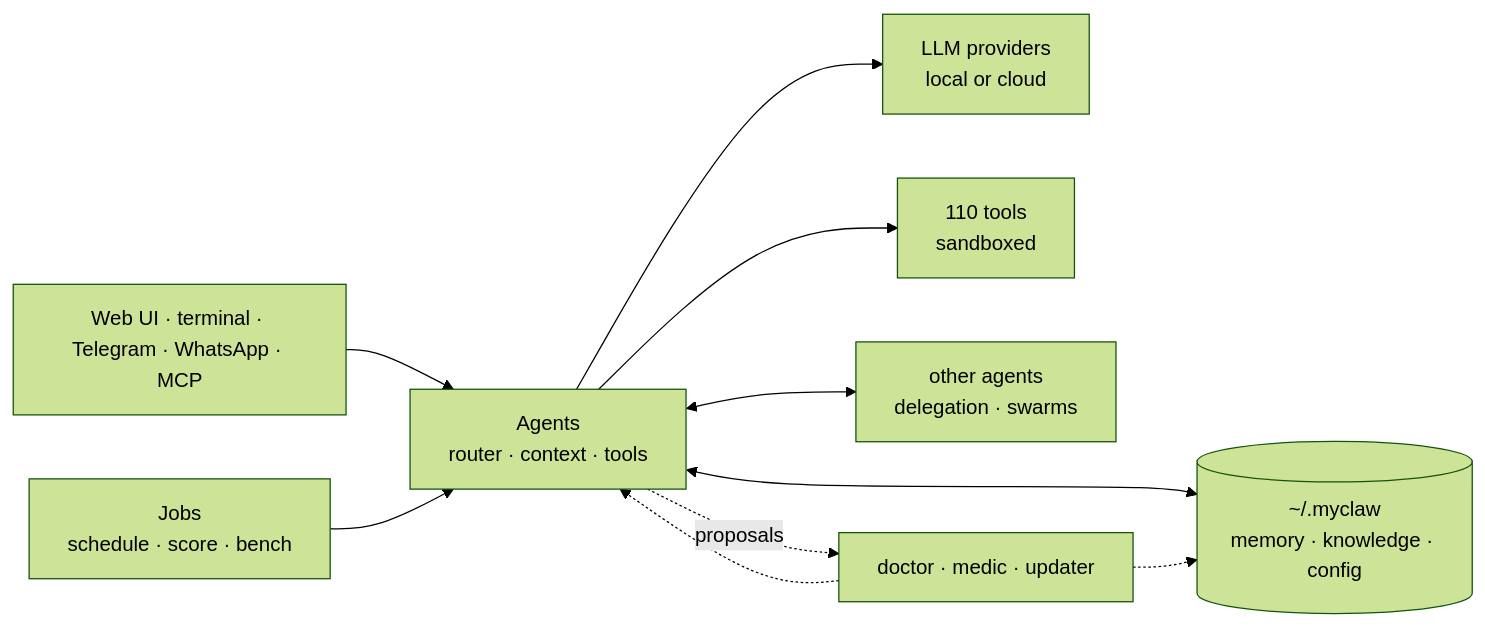
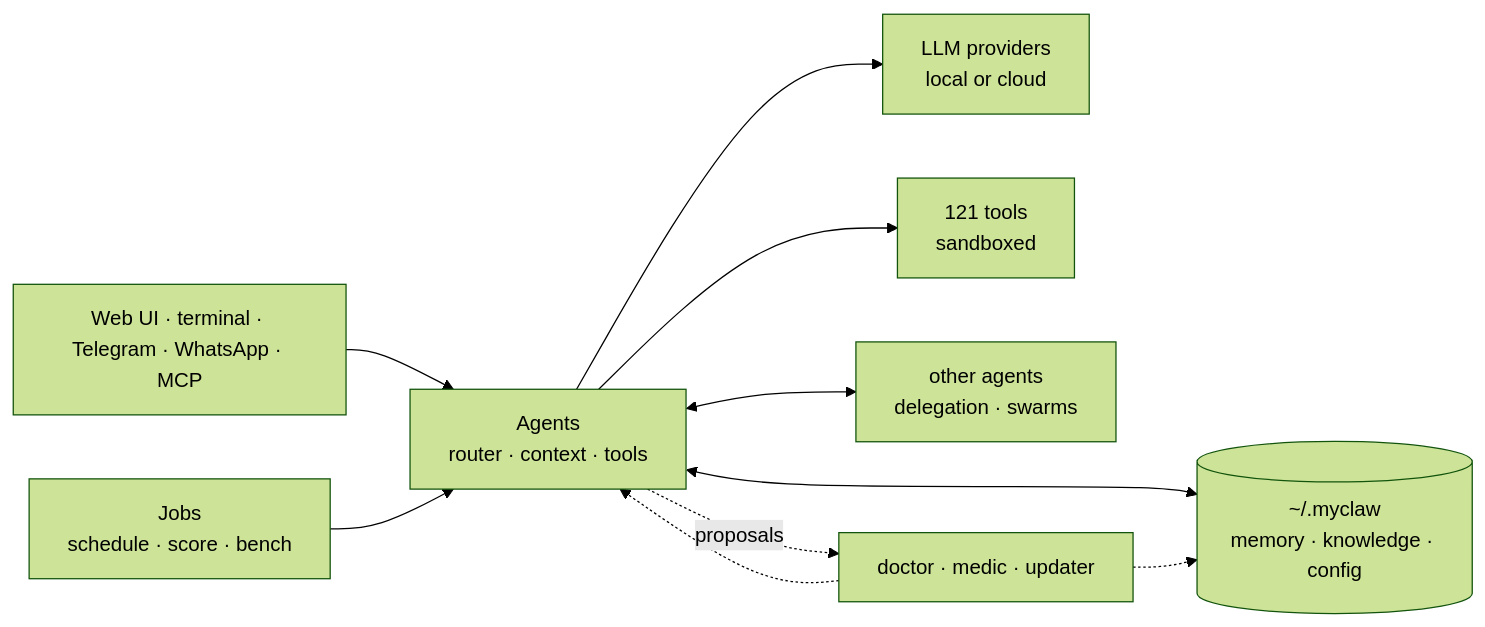
Before and after one commit to adrianx26/zensynora: the diagram in README.md, drawn with Mermaid (forest theme). The commit also changed other lines of this file and 7 other files, not shown here.

First line of the commit message:
Release 0.8.0: version bump, README (knowledge base section, 121 tools, 1128 tests), CHANGELOG [0.8.0], ARCHITECTURE modules

````diff
--- a/README.md
+++ b/README.md
@@ -192,11 +221,11 @@
 ```mermaid
 flowchart LR
     ui["Web UI · terminal · Telegram · WhatsApp · MCP"] --> agent["Agents<br/>router · context · tools"]
     agent --> llm["LLM providers<br/>local or cloud"]
-    agent --> tools["110 tools<br/>sandboxed"]
+    agent --> tools["121 tools<br/>sandboxed"]
     agent <--> state[("~/.myclaw<br/>memory · knowledge · config")]
     agent <--> agent2["other agents<br/>delegation · swarms"]
     jobs["Jobs<br/>schedule · score · bench"] --> agent
     ops["doctor · medic · updater"] -.-> agent & state
     agent -. proposals .-> ops
 ```
````
